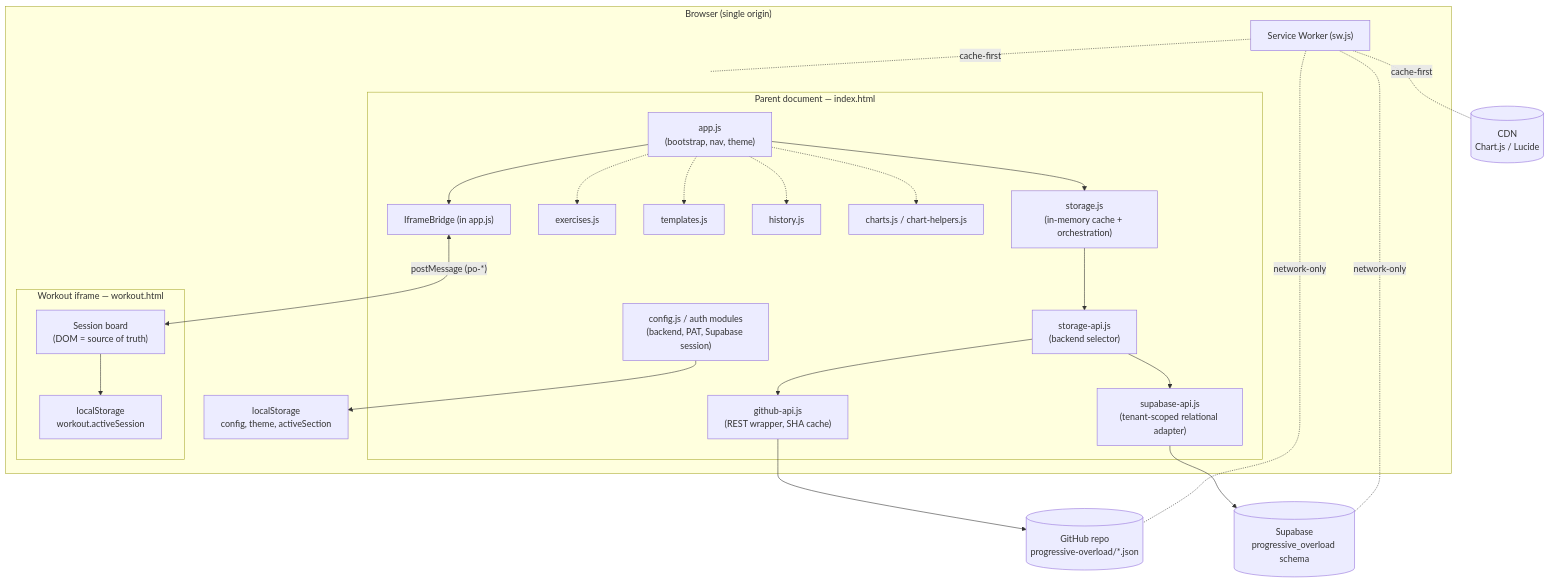
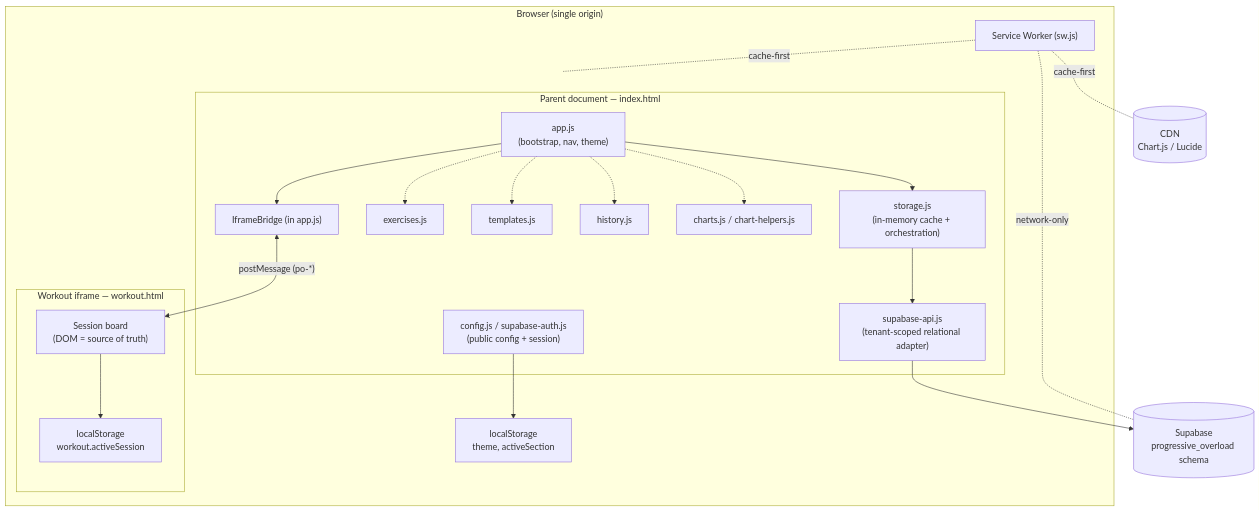
The first of 5 diagrams in Doc/system-design.md (MinoPlay/ProgressiveOverload), drawn with Mermaid before and after one commit. The commit also changed other lines of this file and 18 other files, not shown here.

Commit message:
Remove local and GitHub data sources

````diff
--- a/Doc/system-design.md
+++ b/Doc/system-design.md
@@ -53,41 +53,35 @@
 ```mermaid
 graph TB
     subgraph Browser["Browser (single origin)"]
         subgraph Parent["Parent document — index.html"]
             App["app.js<br/>(bootstrap, nav, theme)"]
-            Cfg["config.js / auth modules<br/>(backend, PAT, Supabase session)"]
+            Cfg["config.js / supabase-auth.js<br/>(public config + session)"]
             Store["storage.js<br/>(in-memory cache + orchestration)"]
-            Adapter["storage-api.js<br/>(backend selector)"]
-            GH["github-api.js<br/>(REST wrapper, SHA cache)"]
             SB["supabase-api.js<br/>(tenant-scoped relational adapter)"]
             Ex["exercises.js"]
             Tmpl["templates.js"]
             Hist["history.js"]
             Charts["charts.js / chart-helpers.js"]
             Bridge["IframeBridge (in app.js)"]
         end
         subgraph Frame["Workout iframe — workout.html"]
             Board["Session board<br/>(DOM = source of truth)"]
             LS2["localStorage<br/>workout.activeSession"]
         end
         SW["Service Worker (sw.js)"]
-        LS1["localStorage<br/>config, theme, activeSection"]
+        LS1["localStorage<br/>theme, activeSection"]
     end
 
-    GHREPO[("GitHub repo<br/>progressive-overload/*.json")]
     SUPABASE[("Supabase<br/>progressive_overload schema")]
     CDN[("CDN<br/>Chart.js / Lucide")]
 
-    App --> Store --> Adapter
-    Adapter --> GH --> GHREPO
-    Adapter --> SB --> SUPABASE
+    App --> Store --> SB --> SUPABASE
     App --> Bridge
     Bridge <-->|"postMessage (po-*)"| Board
     Board --> LS2
     Cfg --> LS1
     App -.-> Ex & Tmpl & Hist & Charts
     SW -. cache-first .- CDN
     SW -. cache-first .- Parent
-    SW -. network-only .- GHREPO
     SW -. network-only .- SUPABASE
 ```
````
